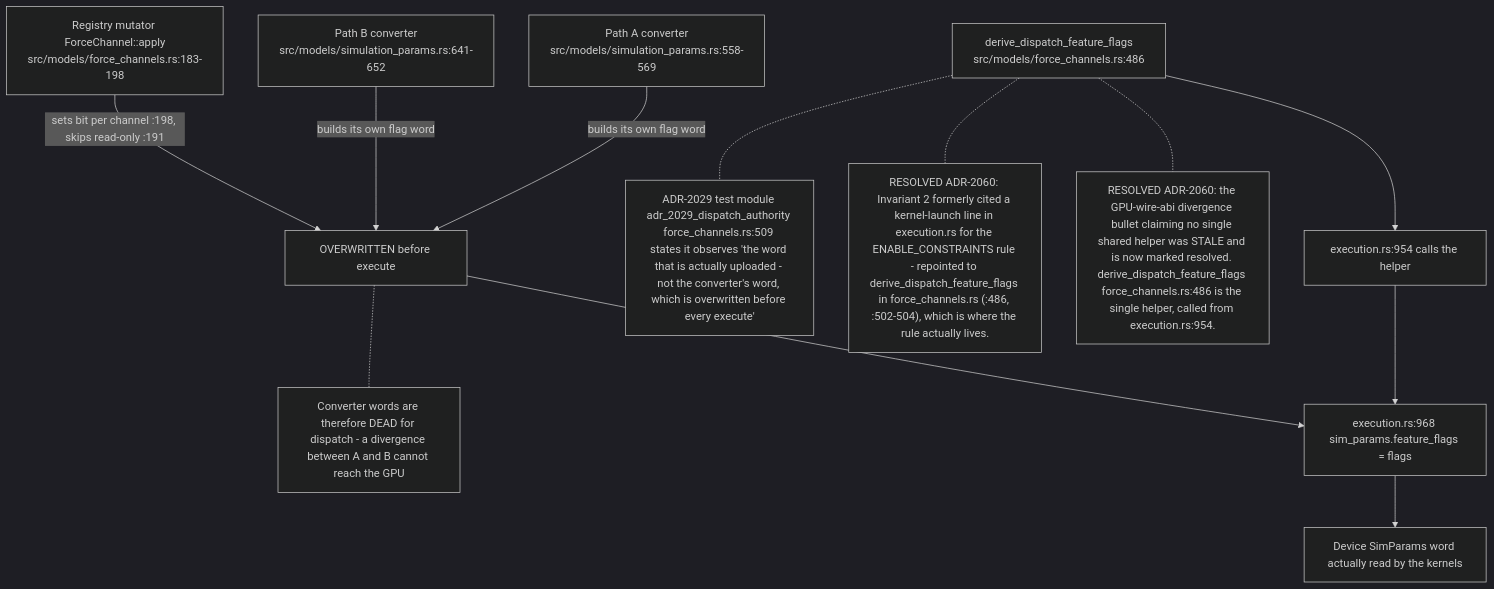
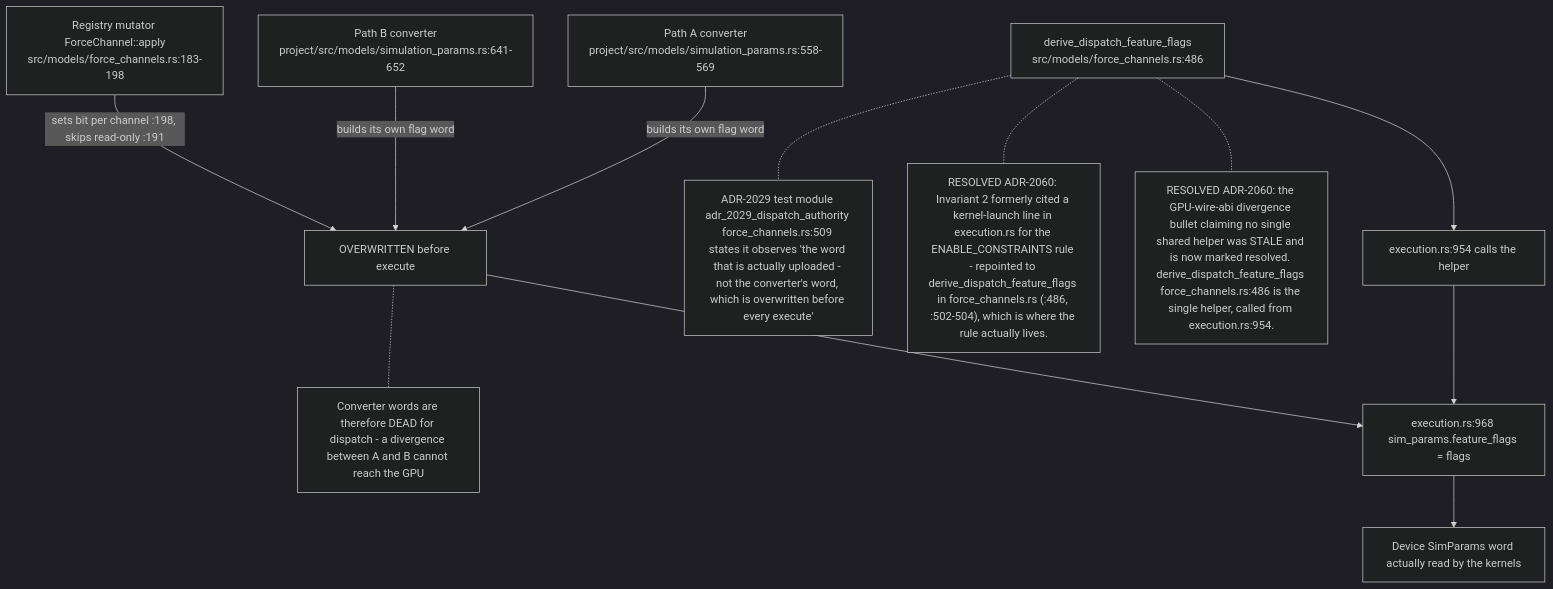
Before and after one commit to DreamLab-AI/VisionFlow: the third of 9 diagrams in docs/diagrams/visionclaw/11-physics-step-and-force-channels.md, drawn with Mermaid (dark theme). The commit also changed other lines of this file and 185 other files, not shown here.

Commit message:
docs(estate): reconcile diagrams and ADRs with source and define closeout sprint

````diff
--- a/docs/diagrams/visionclaw/11-physics-step-and-force-channels.md
+++ b/docs/diagrams/visionclaw/11-physics-step-and-force-channels.md
@@ -99,25 +99,25 @@
 ```mermaid
 flowchart TD
-    A["Path A converter<br/>src/models/simulation_params.rs:558-569"]
-    B["Path B converter<br/>src/models/simulation_params.rs:641-652"]
+    A["Path A converter<br/>project/src/models/simulation_params.rs:558-569"]
+    B["Path B converter<br/>project/src/models/simulation_params.rs:641-652"]
     C["Registry mutator ForceChannel::apply<br/>src/models/force_channels.rs:183-198"]
     D["derive_dispatch_feature_flags<br/>src/models/force_channels.rs:486"]
     E["execution.rs:954 calls the helper"]
     F["execution.rs:968 sim_params.feature_flags = flags"]
     G["Device SimParams word actually read by the kernels"]
 
     A -->|"builds its own flag word"| X["OVERWRITTEN before execute"]
     B -->|"builds its own flag word"| X
     C -->|"sets bit per channel :198, skips read-only :191"| X
     X --> F
     D --> E --> F --> G
 
     N1["RESOLVED ADR-2060: the GPU-wire-abi divergence bullet claiming no single shared helper was STALE and is now marked resolved. derive_dispatch_feature_flags force_channels.rs:486 is the single helper, called from execution.rs:954."]
     N2["RESOLVED ADR-2060: Invariant 2 formerly cited a kernel-launch line in execution.rs for the ENABLE_CONSTRAINTS rule - repointed to derive_dispatch_feature_flags in force_channels.rs (:486, :502-504), which is where the rule actually lives."]
     N3["ADR-2029 test module adr_2029_dispatch_authority force_channels.rs:509 states it observes 'the word that is actually uploaded - not the converter's word, which is overwritten before every execute'"]
     N4["Converter words are therefore DEAD for dispatch - a divergence between A and B cannot reach the GPU"]
     D -.- N1
     D -.- N2
     D -.- N3
     X -.- N4
 ```
````
